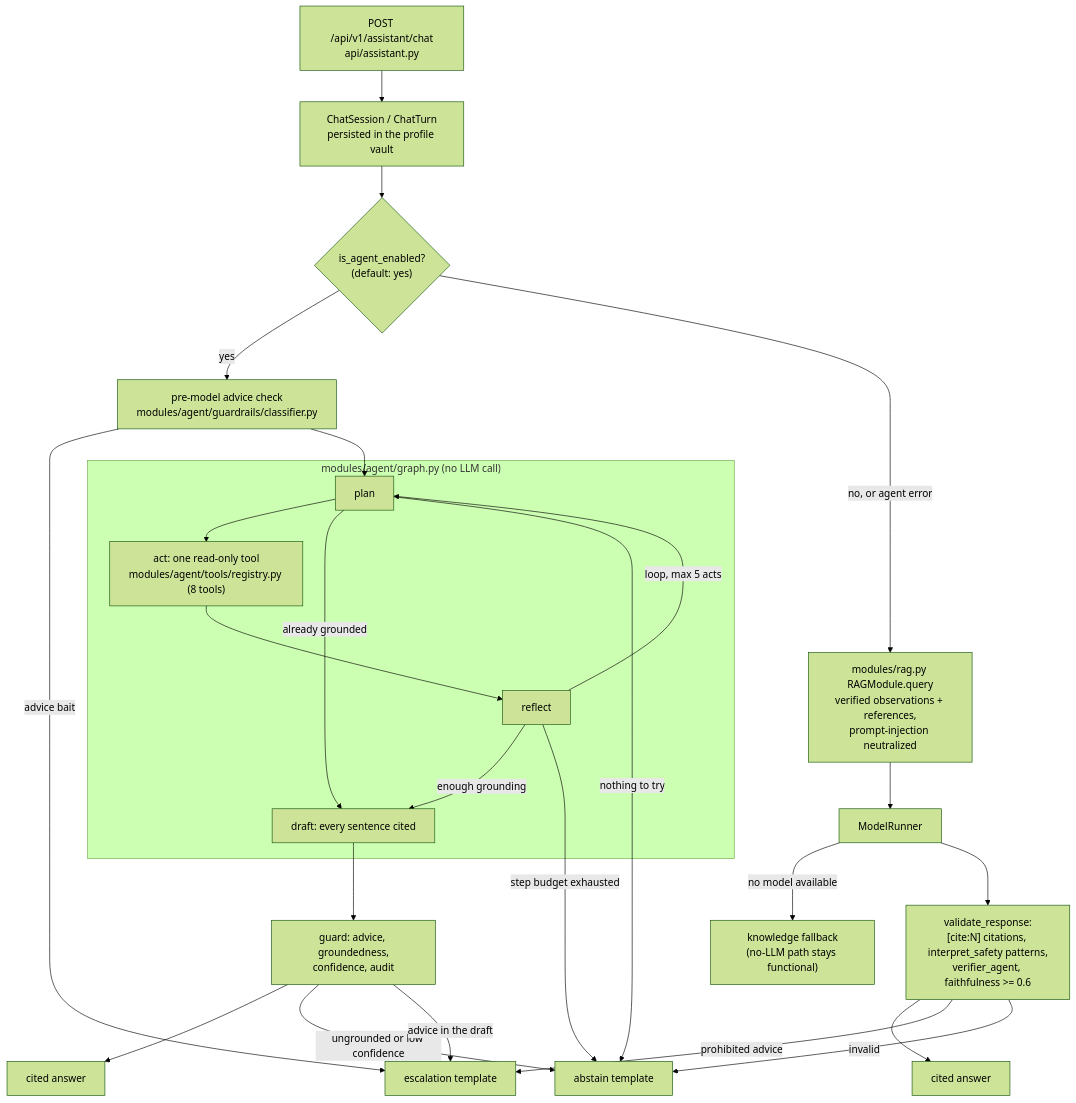
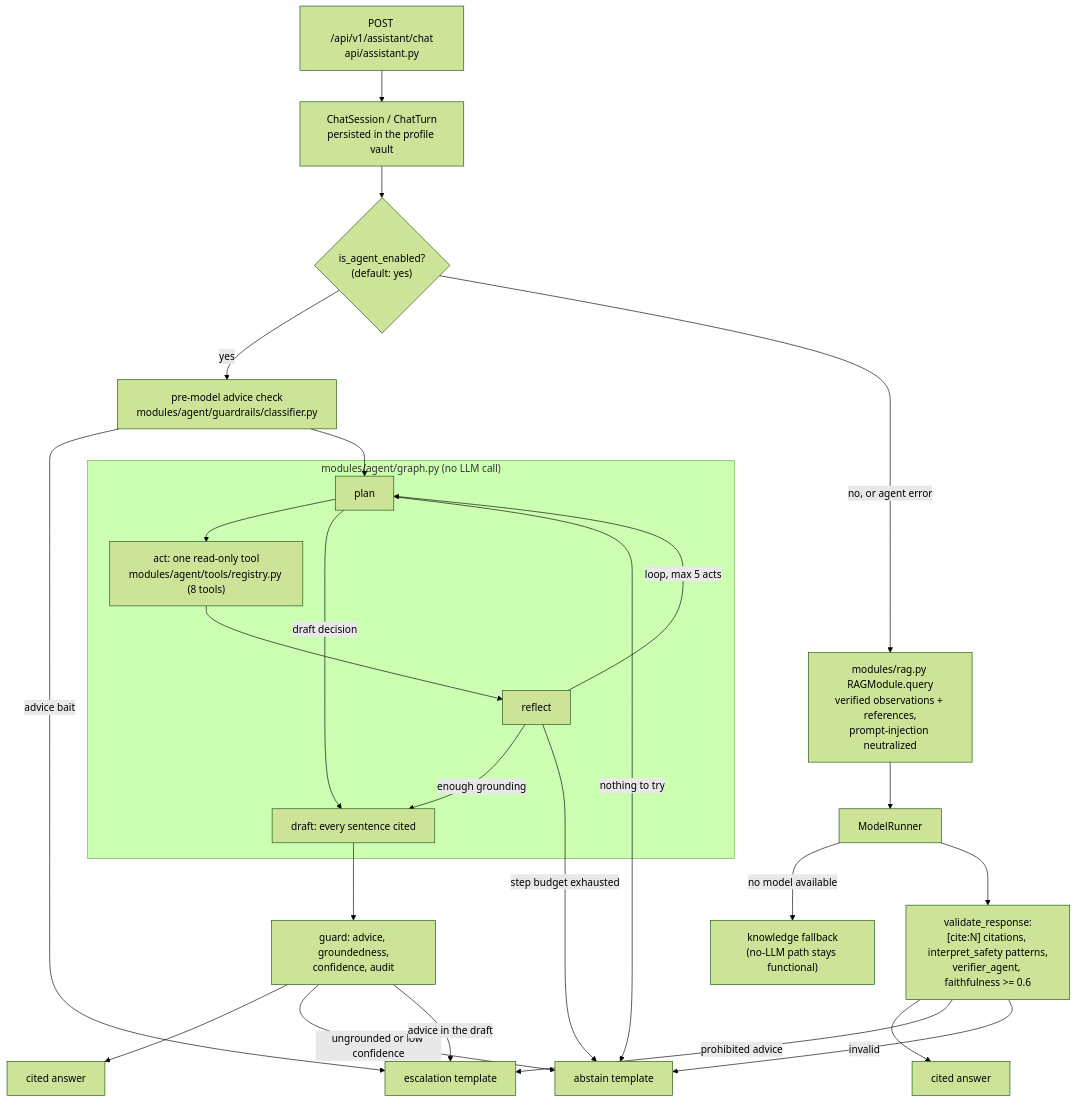
Before and after one commit to BrooklynD23/HealthCentral: the second of 4 diagrams in README.md, drawn with Mermaid (forest theme). The commit also changed 1 other file, not shown here.

Commit message:
docs: #292 review round 2 NIT (plan to draft edge label)

````diff
--- a/README.md
+++ b/README.md
@@ -63,30 +63,30 @@
 ```mermaid
 flowchart TD
     Q["POST /api/v1/assistant/chat<br/>api/assistant.py"] --> SESS["ChatSession / ChatTurn<br/>persisted in the profile vault"]
     SESS --> SW{"is_agent_enabled?<br/>(default: yes)"}
 
     SW -->|yes| PRE["pre-model advice check<br/>modules/agent/guardrails/classifier.py"]
     PRE -->|"advice bait"| ESC["escalation template"]
     PRE --> PLAN
     subgraph AGENT["modules/agent/graph.py (no LLM call)"]
         PLAN["plan"] --> ACT["act: one read-only tool<br/>modules/agent/tools/registry.py (8 tools)"]
-        PLAN -->|"already grounded"| DRAFT
+        PLAN -->|"draft decision"| DRAFT
         ACT --> REFL["reflect"]
         REFL -->|"loop, max 5 acts"| PLAN
         REFL -->|"enough grounding"| DRAFT["draft: every sentence cited"]
     end
     DRAFT --> GUARD["guard: advice, groundedness,<br/>confidence, audit"]
     GUARD --> AANS["cited answer"]
     GUARD -->|"ungrounded or low confidence"| ABS["abstain template"]
     GUARD -->|"advice in the draft"| ESC
     PLAN -->|"nothing to try"| ABS
     REFL -->|"step budget exhausted"| ABS
 
     SW -->|"no, or agent error"| RAG["modules/rag.py RAGModule.query<br/>verified observations + references,<br/>prompt-injection neutralized"]
     RAG --> MR["ModelRunner"]
     MR -->|"no model available"| FB["knowledge fallback<br/>(no-LLM path stays functional)"]
     MR --> VAL["validate_response:<br/>[cite:N] citations, interpret_safety patterns,<br/>verifier_agent, faithfulness >= 0.6"]
     VAL --> LANS["cited answer"]
     VAL -->|"prohibited advice"| ESC
     VAL -->|"invalid"| ABS
 ```
````
